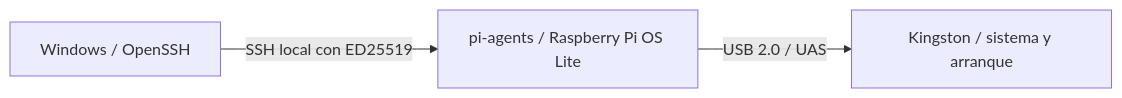
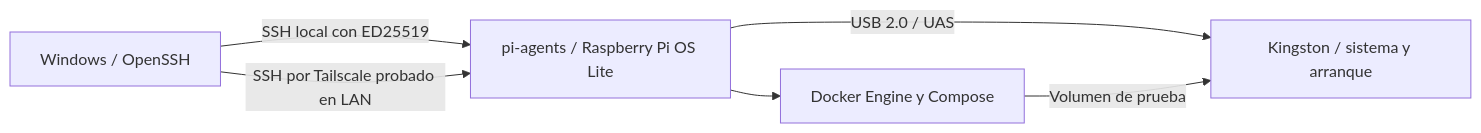
Before and after one commit to afvv2602/pi-agents: the first of 2 diagrams in docs/04-arquitectura.md, drawn with Mermaid. The commit also changed other lines of this file and 9 other files, not shown here.

````diff
--- a/docs/04-arquitectura.md
+++ b/docs/04-arquitectura.md
@@ -7,5 +7,8 @@
 ```mermaid
 flowchart LR
   Admin[Windows / OpenSSH] -->|SSH local con ED25519| Host[pi-agents / Raspberry Pi OS Lite]
+  Admin -->|SSH por Tailscale probado en LAN| Host
   Host -->|USB 2.0 / UAS| SSD[Kingston / sistema y arranque]
+  Host --> Engine[Docker Engine y Compose]
+  Engine -->|Volumen de prueba| SSD
 ```
````
